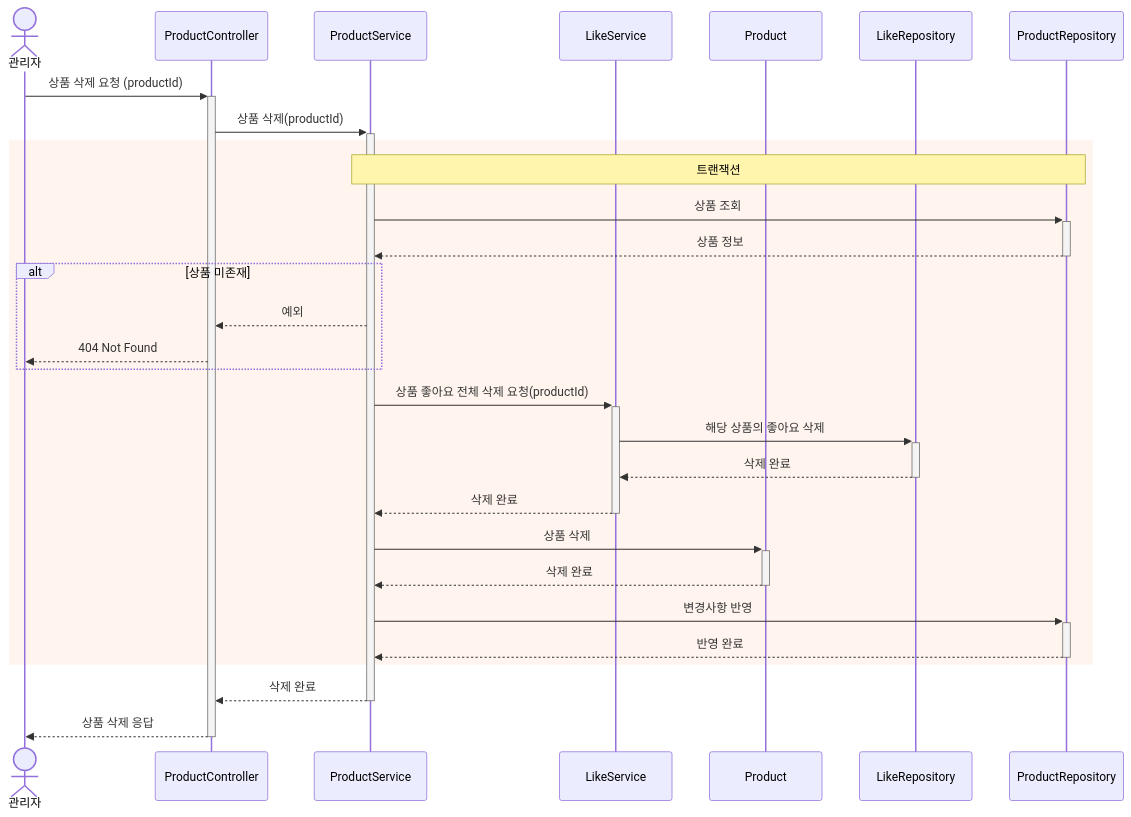
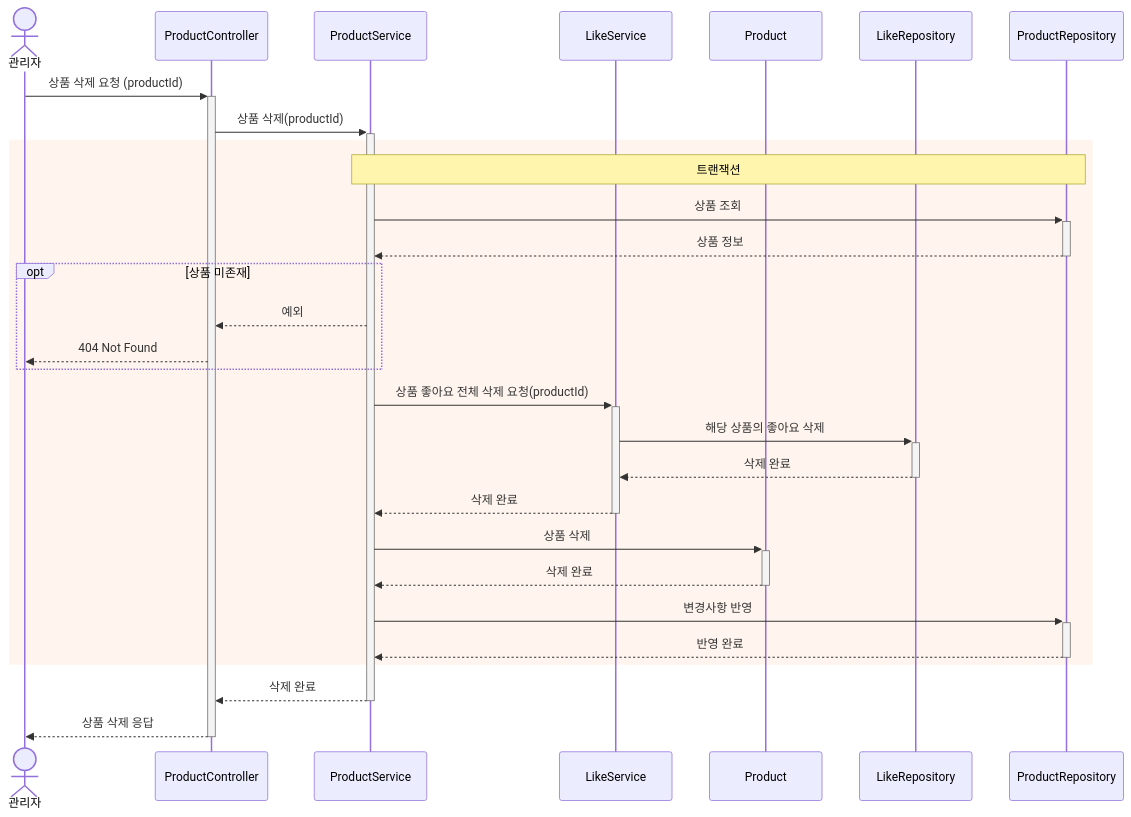
One commit to kimjunyoung90/loop-pack-be-l2-vol3-java changed diagram 14 of 23 in docs/design/02-sequence-diagrams.md. Above: the diagram before and after it, drawn with Mermaid. The commit also changed other lines of this file, not shown here.

````diff
--- a/docs/design/02-sequence-diagrams.md
+++ b/docs/design/02-sequence-diagrams.md
@@ -427,37 +427,37 @@
 ```mermaid
 sequenceDiagram
     actor Admin as 관리자
     participant PC as ProductController
     participant PS as ProductService
     participant LS as LikeService
     participant P as Product
     participant LR as LikeRepository
     participant PR as ProductRepository
 
     Admin->>+PC: 상품 삭제 요청 (productId)
     PC->>+PS: 상품 삭제(productId)
 
     rect rgb(255, 245, 238)
         Note over PS, PR: 트랜잭션
         PS->>+PR: 상품 조회
         PR-->>-PS: 상품 정보
 
-        alt 상품 미존재
+        opt 상품 미존재
             PS-->>PC: 예외
             PC-->>Admin: 404 Not Found
         end
 
         PS->>+LS: 상품 좋아요 전체 삭제 요청(productId)
         LS->>+LR: 해당 상품의 좋아요 삭제
         LR-->>-LS: 삭제 완료
         LS-->>-PS: 삭제 완료
 
         PS->>+P: 상품 삭제
         P-->>-PS: 삭제 완료
         PS->>+PR: 변경사항 반영
         PR-->>-PS: 반영 완료
     end
 
     PS-->>-PC: 삭제 완료
     PC-->>-Admin: 상품 삭제 응답
 ```
````
